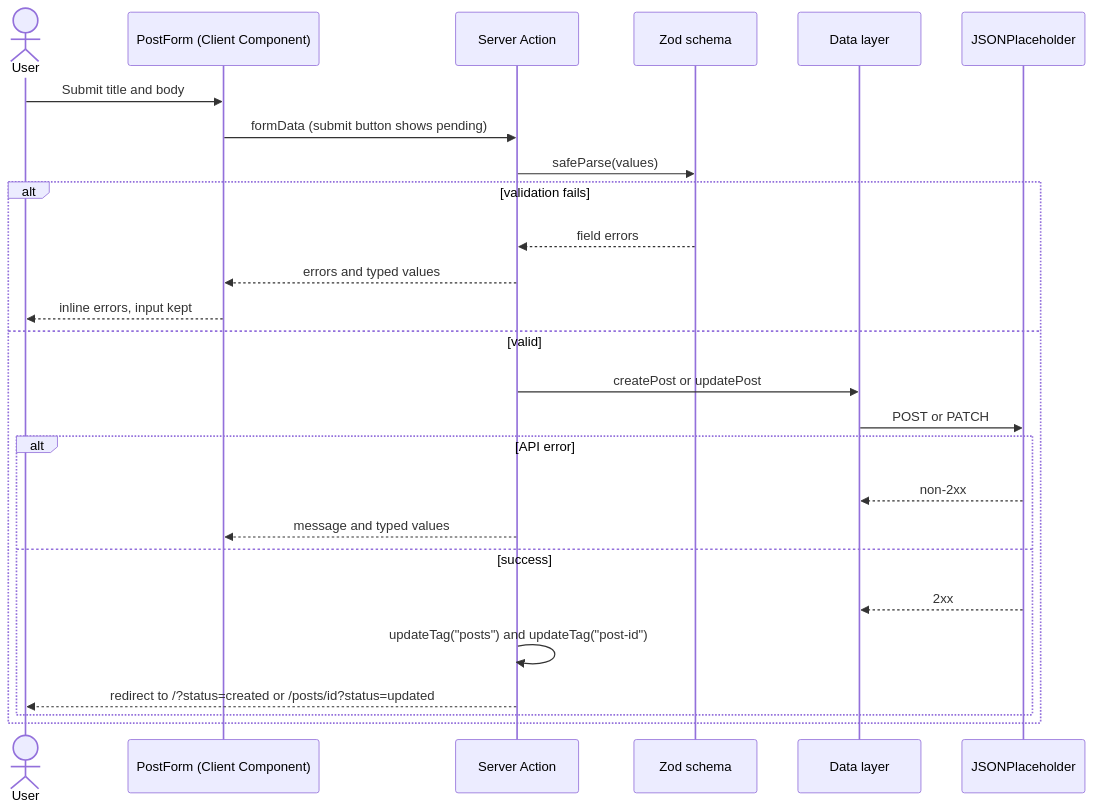
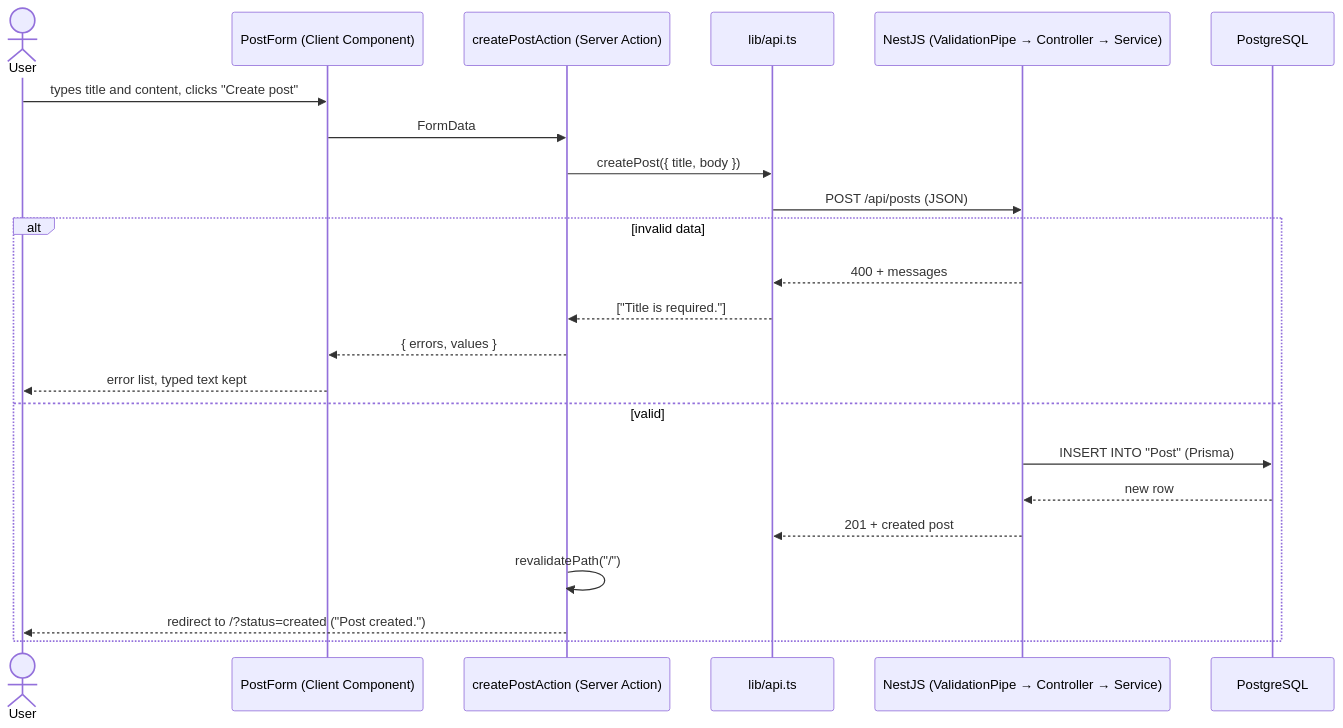
One commit to TheManana11/content-driven-blog changed the third of 3 diagrams in README.md. Above: the diagram before and after it, drawn with Mermaid. The commit also changed other lines of this file and 2 other files, not shown here.

````diff
--- a/README.md
+++ b/README.md
@@ -147,29 +136,26 @@
 ```mermaid
 sequenceDiagram
     actor User
     participant Form as PostForm (Client Component)
-    participant Action as Server Action
-    participant Zod as Zod schema
-    participant Data as Data layer
-    participant API as JSONPlaceholder
+    participant Action as createPostAction (Server Action)
+    participant Api as lib/api.ts
+    participant Nest as NestJS (ValidationPipe → Controller → Service)
+    participant DB as PostgreSQL
 
-    User->>Form: Submit title and body
-    Form->>Action: formData (submit button shows pending)
-    Action->>Zod: safeParse(values)
-    alt validation fails
-        Zod-->>Action: field errors
-        Action-->>Form: errors and typed values
-        Form-->>User: inline errors, input kept
+    User->>Form: types title and content, clicks "Create post"
+    Form->>Action: FormData
+    Action->>Api: createPost({ title, body })
+    Api->>Nest: POST /api/posts (JSON)
+    alt invalid data
+        Nest-->>Api: 400 + messages
+        Api-->>Action: ["Title is required."]
+        Action-->>Form: { errors, values }
+        Form-->>User: error list, typed text kept
     else valid
-        Action->>Data: createPost or updatePost
-        Data->>API: POST or PATCH
-        alt API error
-            API-->>Data: non-2xx
-            Action-->>Form: message and typed values
-        else success
-            API-->>Data: 2xx
-            Action->>Action: updateTag("posts") and updateTag("post-id")
-            Action-->>User: redirect to /?status=created or /posts/id?status=updated
-        end
+        Nest->>DB: INSERT INTO "Post" (Prisma)
+        DB-->>Nest: new row
+        Nest-->>Api: 201 + created post
+        Action->>Action: revalidatePath("/")
+        Action-->>User: redirect to /?status=created ("Post created.")
     end
 ```
````
